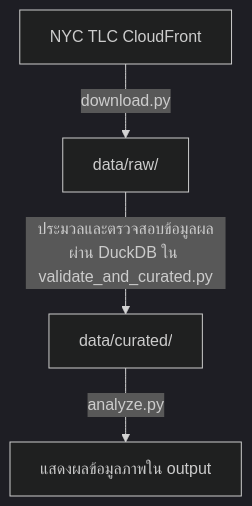
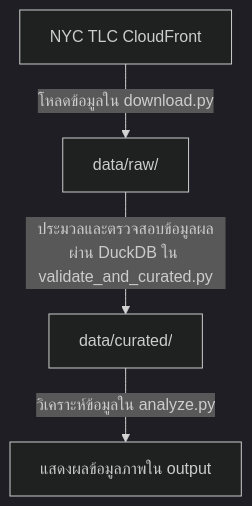
Before and after one commit to Teetad-Aumavichanee/CS341_submission2: the diagram in README.md, drawn with Mermaid (dark theme). The commit also changed other lines of this file, not shown here.

````diff
--- a/README.md
+++ b/README.md
@@ -10,6 +10,6 @@
 ```mermaid
 flowchart TD
-    A[NYC TLC CloudFront] --> |download.py| B
+    A[NYC TLC CloudFront] --> |โหลดข้อมูลใน download.py| B
     B[data/raw/] -->|ประมวลและตรวจสอบข้อมูลผลผ่าน DuckDB ใน validate_and_curated.py| C
-    C[data/curated/] -->|analyze.py| D[แสดงผลข้อมูลภาพใน output]
+    C[data/curated/] -->|วิเคราะห์ข้อมูลใน analyze.py| D[แสดงผลข้อมูลภาพใน output]
 ```
````
